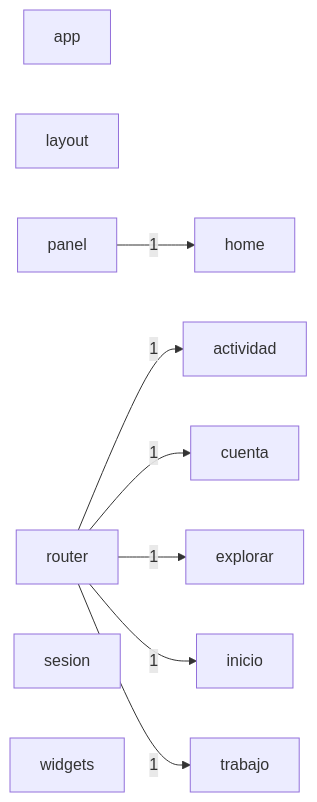
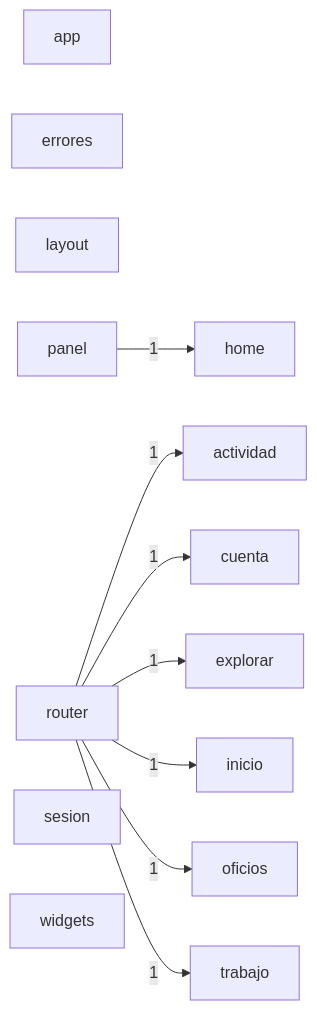
Before and after one commit to JulianH2/knock-frontend: the diagram in docs/architecture/modules.mmd, drawn with Mermaid. The commit also changed 21 other files, not shown here.

```diff
--- a/docs/architecture/modules.mmd
+++ b/docs/architecture/modules.mmd
@@ -1,19 +1,22 @@
 graph LR
   actividad["actividad"]
   app["app"]
   cuenta["cuenta"]
+  errores["errores"]
   explorar["explorar"]
   home["home"]
   inicio["inicio"]
   layout["layout"]
+  oficios["oficios"]
   panel["panel"]
   router["router"]
   sesion["sesion"]
   trabajo["trabajo"]
   widgets["widgets"]
   panel -->|1| home
   router -->|1| actividad
   router -->|1| cuenta
   router -->|1| explorar
   router -->|1| inicio
+  router -->|1| oficios
   router -->|1| trabajo
```
